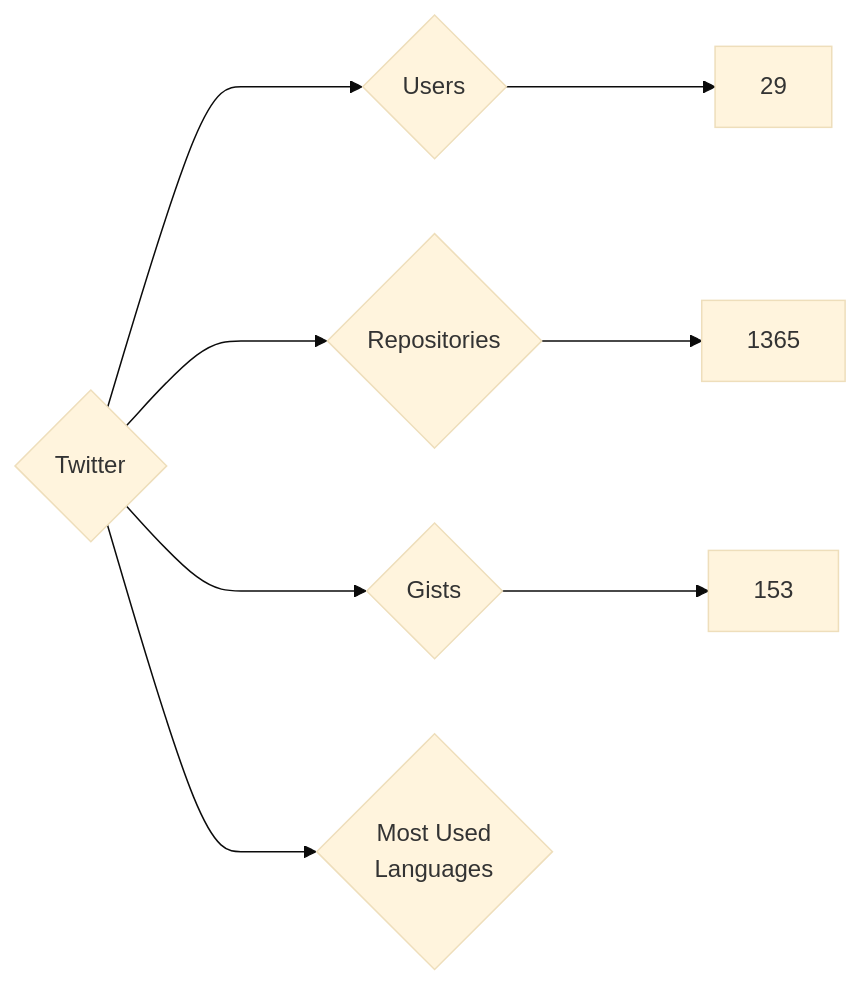
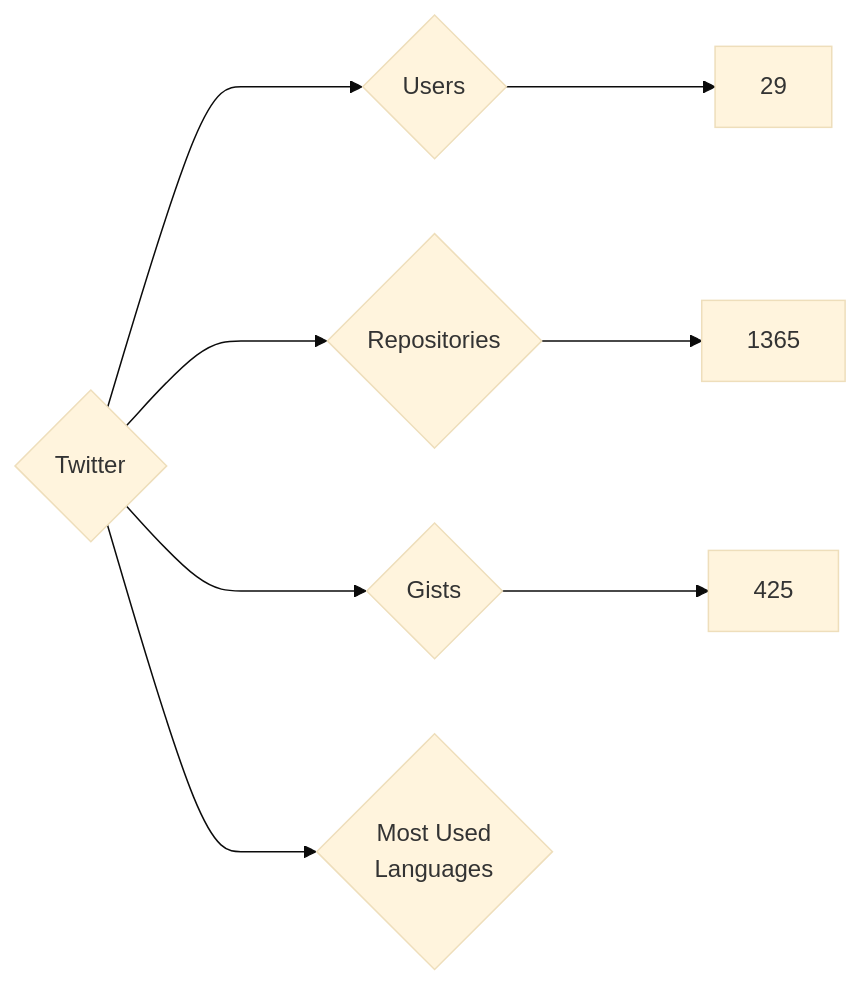
Before and after one commit to nenadzaric/insiders: the diagram in targets/Twitter/README.md, drawn with Mermaid (base theme). The commit also changed 1342 other files, not shown here.

````diff
--- a/targets/Twitter/README.md
+++ b/targets/Twitter/README.md
@@ -3,8 +3,8 @@
 ```mermaid
 graph LR
 COMPANY_NAME{Twitter}
 COMPANY_NAME ---> U{Users} ---> UN[29]
 COMPANY_NAME ---> R{Repositories} ---> RN[1365]
-COMPANY_NAME ---> G{Gists} ---> GN[153]
+COMPANY_NAME ---> G{Gists} ---> GN[425]
 COMPANY_NAME ---> ML{Most Used<br>Languages}
 ```
````
